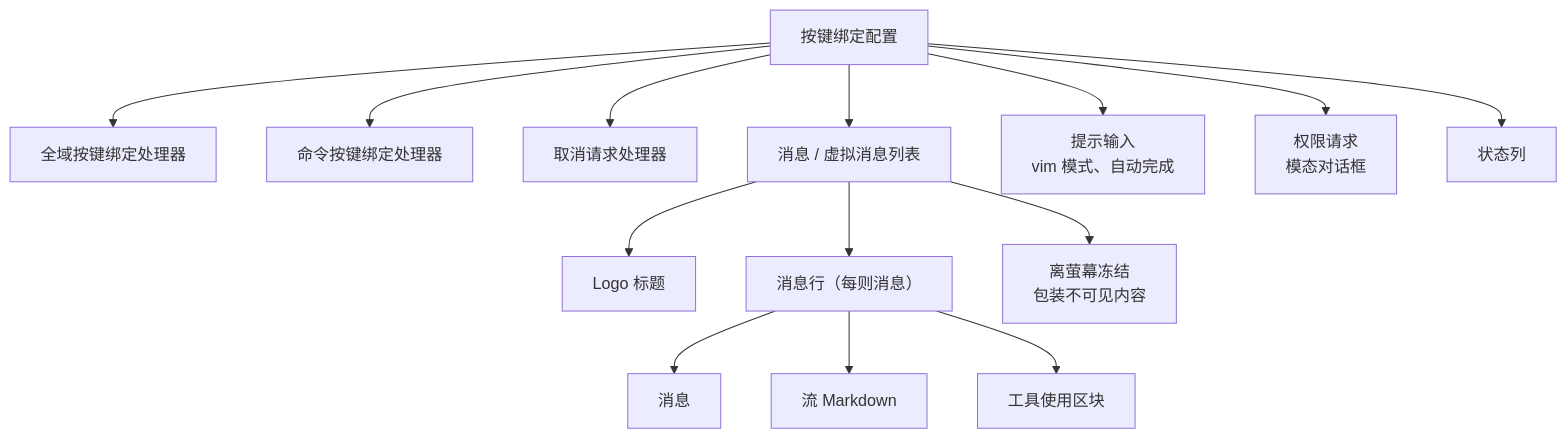
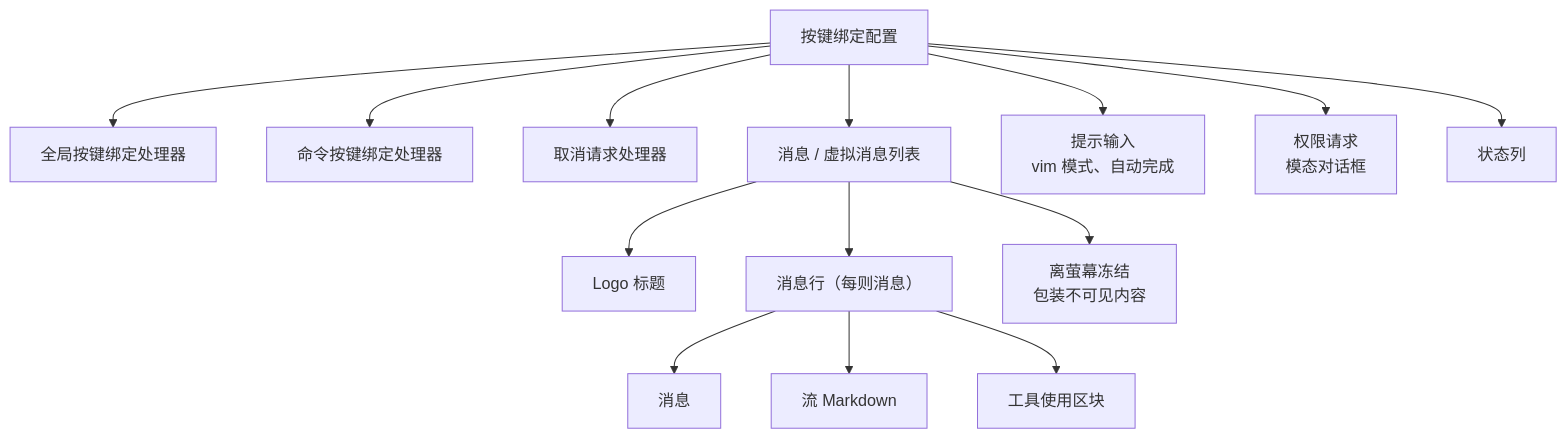
The second of 2 diagrams in book/ch13-terminal-ui.md (Gracker/claude-code-from-source-zh-cn), drawn with Mermaid before and after one commit. The commit also changed other lines of this file and 16 other files, not shown here.

````diff
--- a/book/ch13-terminal-ui.md
+++ b/book/ch13-terminal-ui.md
@@ -282,18 +282,18 @@
 ```mermaid
 graph TD
-    KS[按键绑定配置] --> GKH[全域按键绑定处理器]
+    KS[按键绑定配置] --> GKH[全局按键绑定处理器]
     KS --> CKH[命令按键绑定处理器]
     KS --> CRH[取消请求处理器]
     KS --> MSG[消息 / 虚拟消息列表]
     KS --> PI[提示输入<br/>vim 模式、自动完成]
     KS --> PR[权限请求<br/>模态对话框]
     KS --> SL[状态列]
 
     MSG --> LH[Logo 标题]
     MSG --> MR["消息行（每则消息）"]
     MSG --> OF[离萤幕冻结<br/>包装不可见内容]
 
     MR --> M[消息]
     MR --> SM[流 Markdown]
     MR --> TUB[工具使用区块]
 ```
````
